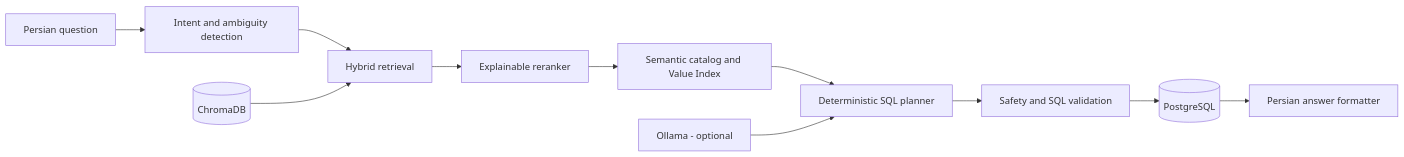
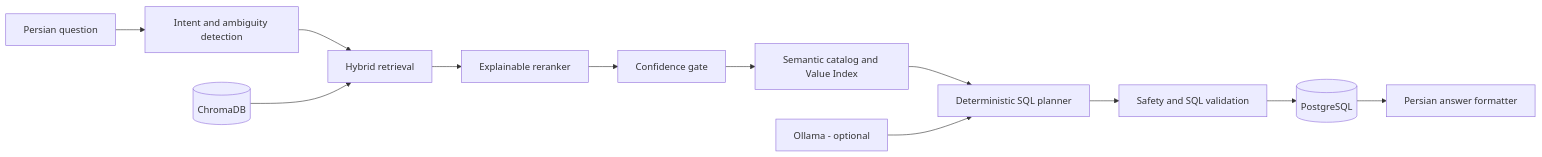
One commit to amirrhh123/persian-ai-data-analyst changed the diagram in README.md. Above: the diagram before and after it, drawn with Mermaid. The commit also changed other lines of this file and 6 other files, not shown here.

Commit message:
Add retrieval confidence gate

````diff
--- a/README.md
+++ b/README.md
@@ -35,13 +36,14 @@
 ```mermaid
 flowchart LR
     U["Persian question"] --> I["Intent and ambiguity detection"]
     I --> R["Hybrid retrieval"]
     R --> RR["Explainable reranker"]
-    RR --> S["Semantic catalog and Value Index"]
+    RR --> G["Confidence gate"]
+    G --> S["Semantic catalog and Value Index"]
     S --> P["Deterministic SQL planner"]
     P --> V["Safety and SQL validation"]
     V --> DB[(PostgreSQL)]
     DB --> A["Persian answer formatter"]
     C[(ChromaDB)] --> R
     O["Ollama - optional"] --> P
 ```
````
